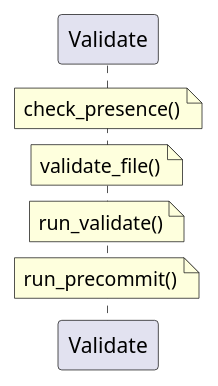
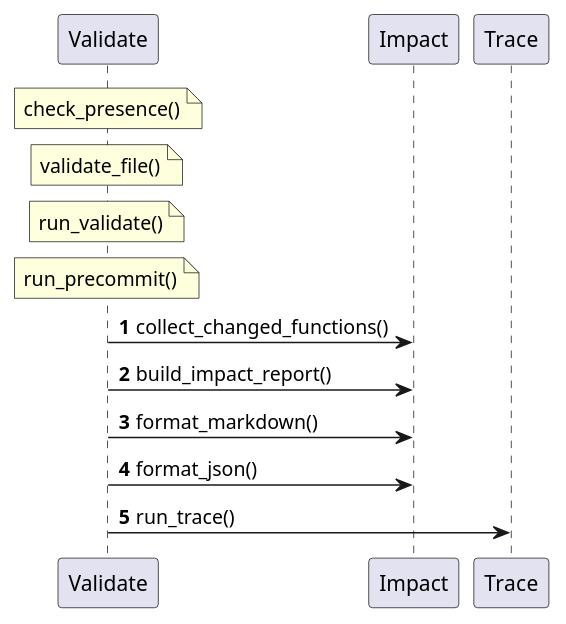
Before and after one commit to tvanfossen/doxygen-guard: the diagram in docs/generated/sequences/REQ-VAL-001.puml, drawn with PlantUML. The commit also changed 7 other files, not shown here.

First line of the commit message:
Call graph from body scanning: real sequence diagrams

```diff
--- a/docs/generated/sequences/REQ-VAL-001.puml
+++ b/docs/generated/sequences/REQ-VAL-001.puml
@@ -1,11 +1,19 @@
 @startuml REQ-VAL-001
 autonumber
 
 participant "Validate" as Validate
+participant "Impact" as Impact
+participant "Trace" as Trace
 
 note over Validate: check_presence()
 note over Validate: validate_file()
 note over Validate: run_validate()
 note over Validate: run_precommit()
 
+Validate -> Impact: collect_changed_functions()
+Validate -> Impact: build_impact_report()
+Validate -> Impact: format_markdown()
+Validate -> Impact: format_json()
+Validate -> Trace: run_trace()
+
 @enduml
```
